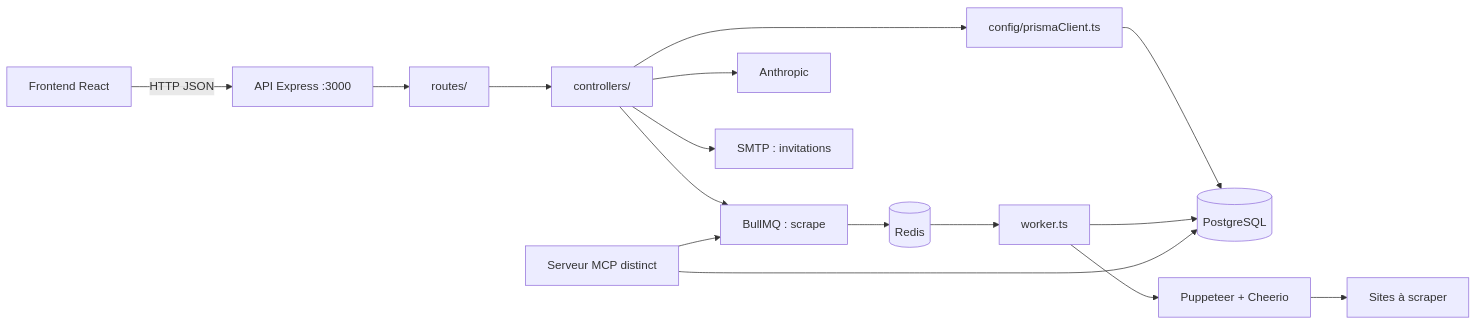
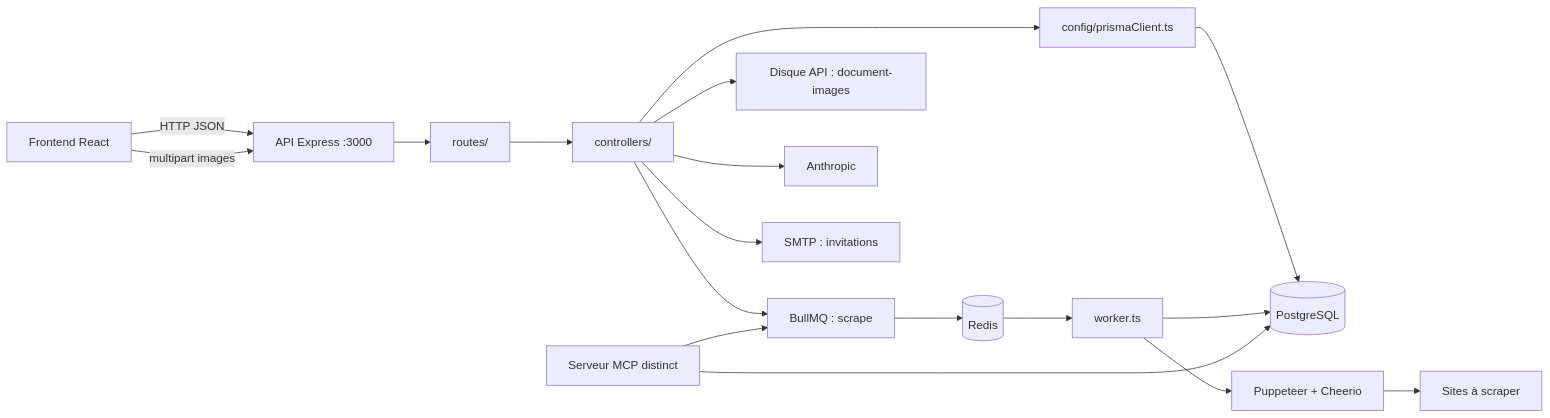
The first of 2 diagrams in docs/schemas/api/architecture.md (Tritounet1/tritou-notes), drawn with Mermaid before and after one commit. The commit also changed other lines of this file and 37 other files, not shown here.

````diff
--- a/docs/schemas/api/architecture.md
+++ b/docs/schemas/api/architecture.md
@@ -5,18 +5,20 @@
 ```mermaid
 flowchart LR
     App["Frontend React"] -->|HTTP JSON| Express["API Express :3000"]
     Express --> Routes["routes/"]
     Routes --> Controllers["controllers/"]
     Controllers --> Prisma["config/prismaClient.ts"]
     Prisma --> DB[(PostgreSQL)]
     Controllers --> Queue["BullMQ : scrape"]
     Queue --> Redis[(Redis)]
     Redis --> Worker["worker.ts"]
     Worker --> DB
     Worker --> Browser["Puppeteer + Cheerio"]
     Browser --> Web["Sites à scraper"]
+    App -->|multipart images| Express
+    Controllers --> Files["Disque API : document-images"]
     Controllers --> AI["Anthropic"]
     Controllers --> Mail["SMTP : invitations"]
     MCP["Serveur MCP distinct"] --> DB
     MCP --> Queue
 ```
````
